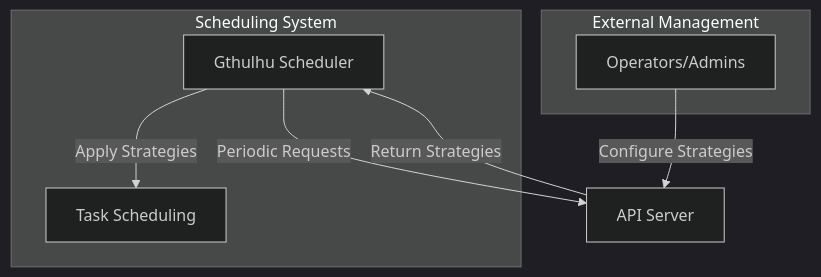
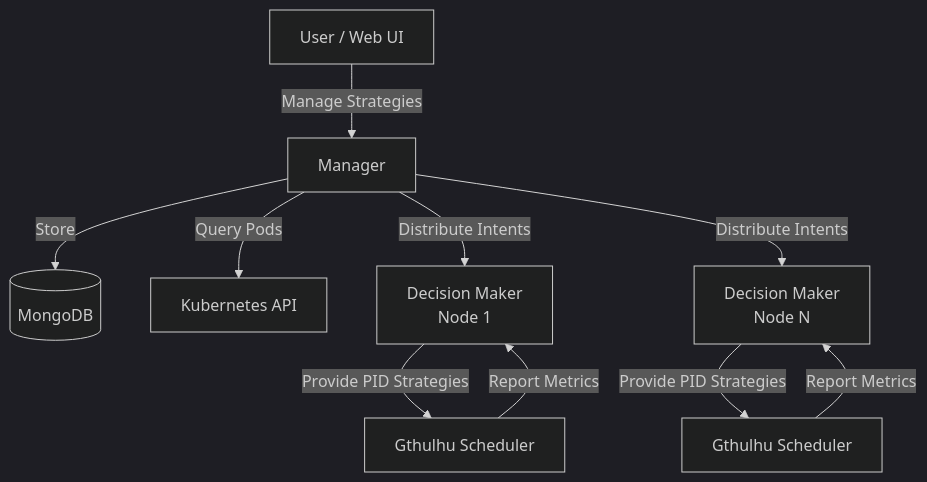
Before and after one commit to Gthulhu/docs: the fourth of 6 diagrams in docs/how-it-works.md, drawn with Mermaid (dark theme). The commit also changed other lines of this file and 1 other file, not shown here.

First line of the commit message:
Update how-it-works page (EN/ZH) with current architecture

````diff
--- a/docs/how-it-works.md
+++ b/docs/how-it-works.md
@@ -80,16 +191,12 @@
 ```mermaid
 graph TB
-    A[Gthulhu Scheduler] -->|Periodic Requests| B[API Server]
-    C[Operators/Admins] -->|Configure Strategies| B
-    B -->|Return Strategies| A
-    A -->|Apply Strategies| D[Task Scheduling]
-    
-    subgraph "External Management"
-        C
-    end
-    
-    subgraph "Scheduling System"
-        A
-        D
-    end
+    A[User / Web UI] -->|Manage Strategies| B[Manager]
+    B -->|Store| C[(MongoDB)]
+    B -->|Query Pods| D[Kubernetes API]
+    B -->|Distribute Intents| E[Decision Maker<br/>Node 1]
+    B -->|Distribute Intents| F[Decision Maker<br/>Node N]
+    E -->|Provide PID Strategies| G[Gthulhu Scheduler]
+    F -->|Provide PID Strategies| H[Gthulhu Scheduler]
+    G -->|Report Metrics| E
+    H -->|Report Metrics| F
 ```
````
